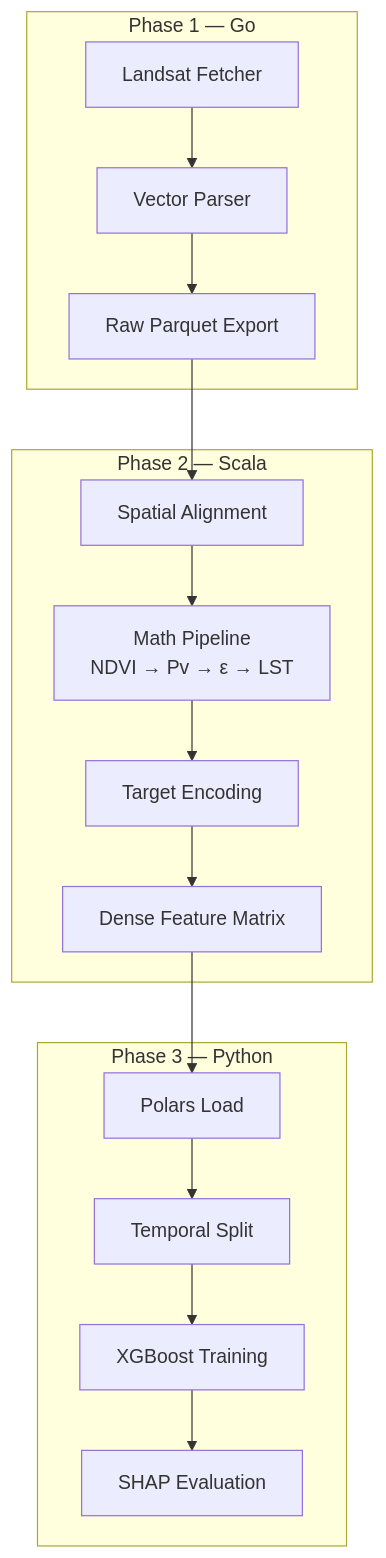
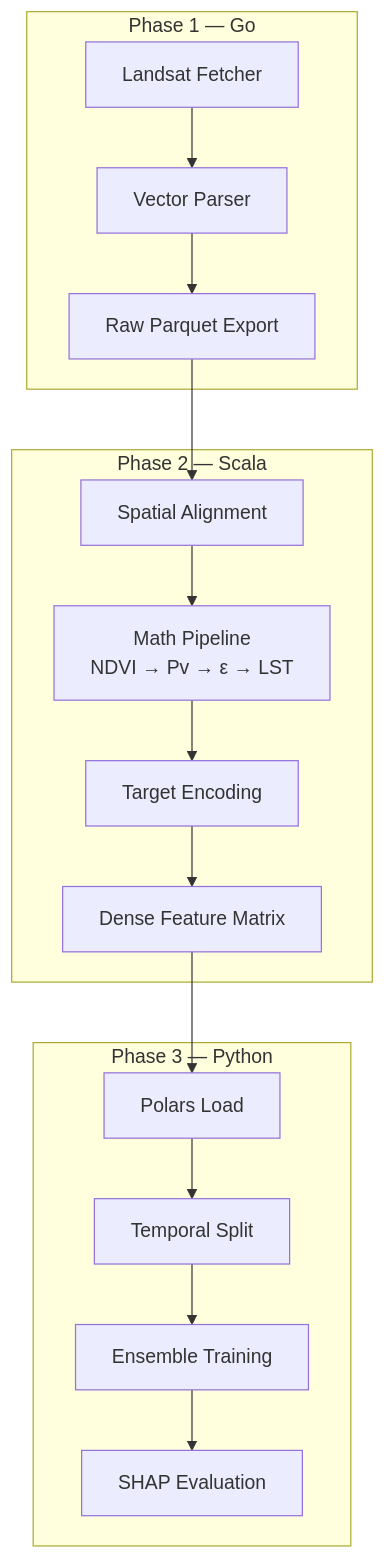
Before and after one commit to pd241008/Helios: the second of 2 diagrams in README.md, drawn with Mermaid. The commit also changed other lines of this file and 3 other files, not shown here.

````diff
--- a/README.md
+++ b/README.md
@@ -25,19 +52,19 @@
 ```mermaid
 flowchart TD
     subgraph "Phase 1 — Go"
         A1[Landsat Fetcher] --> A2[Vector Parser]
         A2 --> A3[Raw Parquet Export]
     end
     subgraph "Phase 2 — Scala"
         B1[Spatial Alignment] --> B2[Math Pipeline<br/>NDVI → Pv → ε → LST]
         B2 --> B3[Target Encoding]
         B3 --> B4[Dense Feature Matrix]
     end
     subgraph "Phase 3 — Python"
         C1[Polars Load] --> C2[Temporal Split]
-        C2 --> C3[XGBoost Training]
+        C2 --> C3[Ensemble Training]
         C3 --> C4[SHAP Evaluation]
     end
     A3 --> B1
     B4 --> C1
 ```
````
